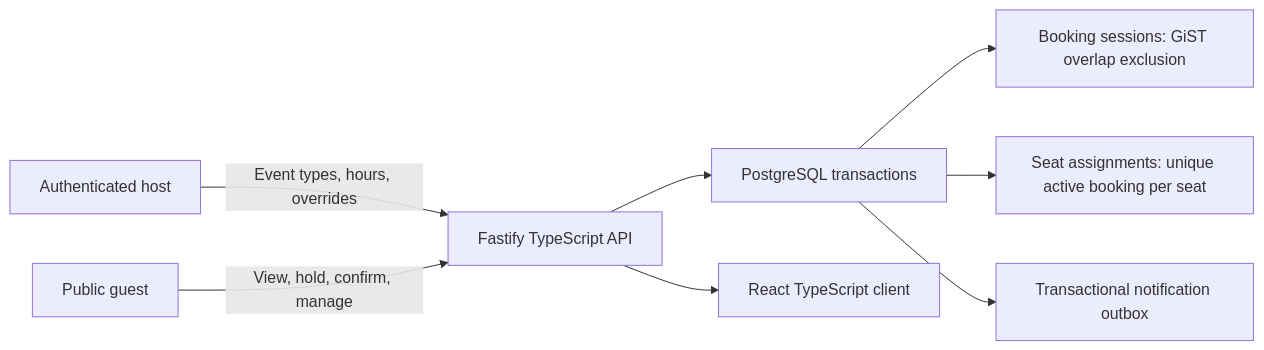
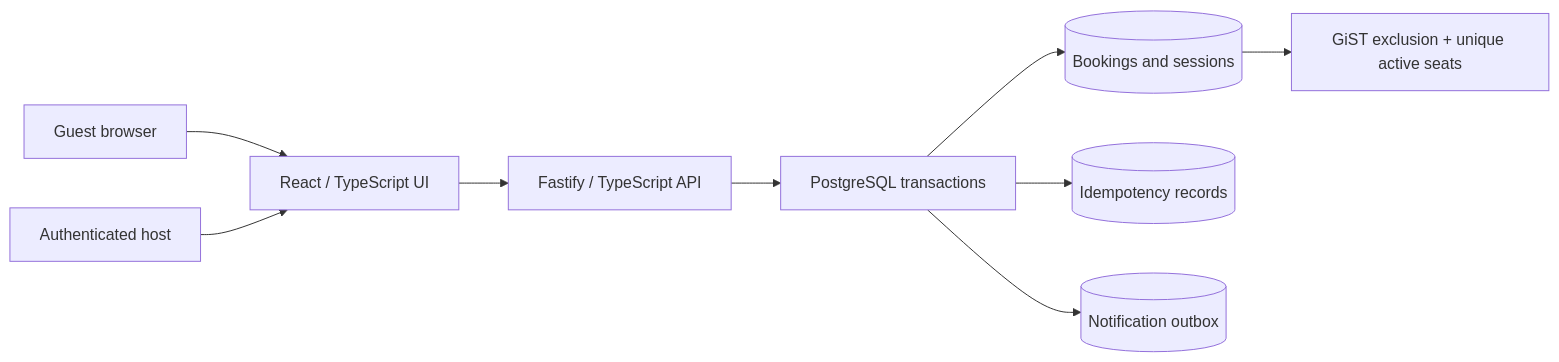
Before and after one commit to aadityahammad-2002/Slotbook: the first of 2 diagrams in README.md, drawn with Mermaid. The commit also changed other lines of this file and 5 other files, not shown here.

````diff
--- a/README.md
+++ b/README.md
@@ -85,10 +174,11 @@
 ```mermaid
 flowchart LR
-    H[Authenticated host] -->|Event types, hours, overrides| API[Fastify TypeScript API]
-    G[Public guest] -->|View, hold, confirm, manage| API
-    API --> TX[PostgreSQL transactions]
-    TX --> SC[Booking sessions: GiST overlap exclusion]
-    TX --> SE[Seat assignments: unique active booking per seat]
-    TX --> OUT[Transactional notification outbox]
-    API --> UI[React TypeScript client]
+    G[Guest browser] --> R[React / TypeScript UI]
+    H[Authenticated host] --> R
+    R --> A[Fastify / TypeScript API]
+    A --> T[PostgreSQL transactions]
+    T --> B[(Bookings and sessions)]
+    T --> I[(Idempotency records)]
+    T --> N[(Notification outbox)]
+    B --> C[GiST exclusion + unique active seats]
 ```
````
